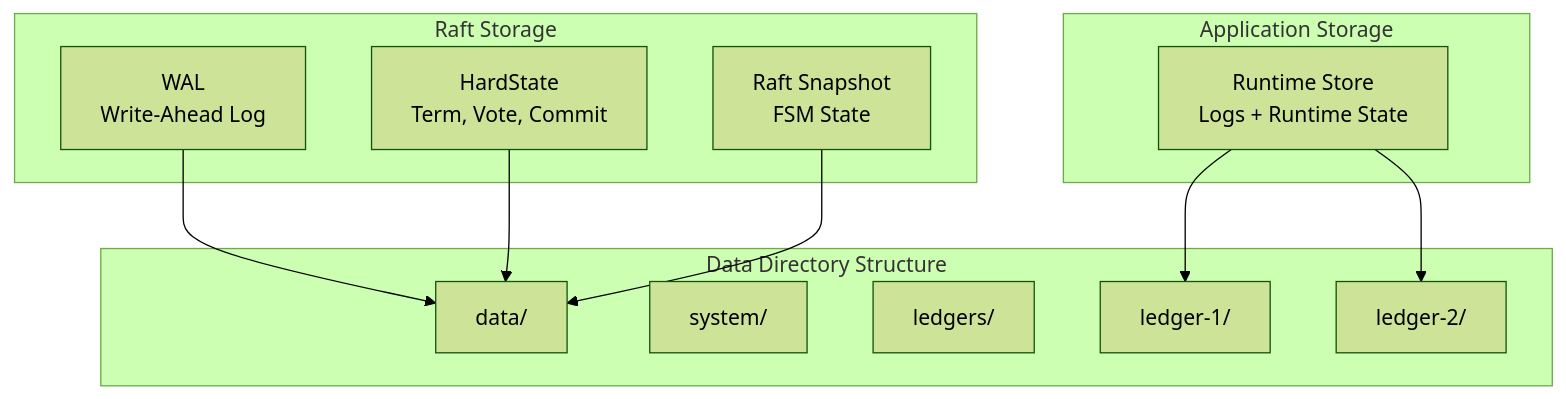
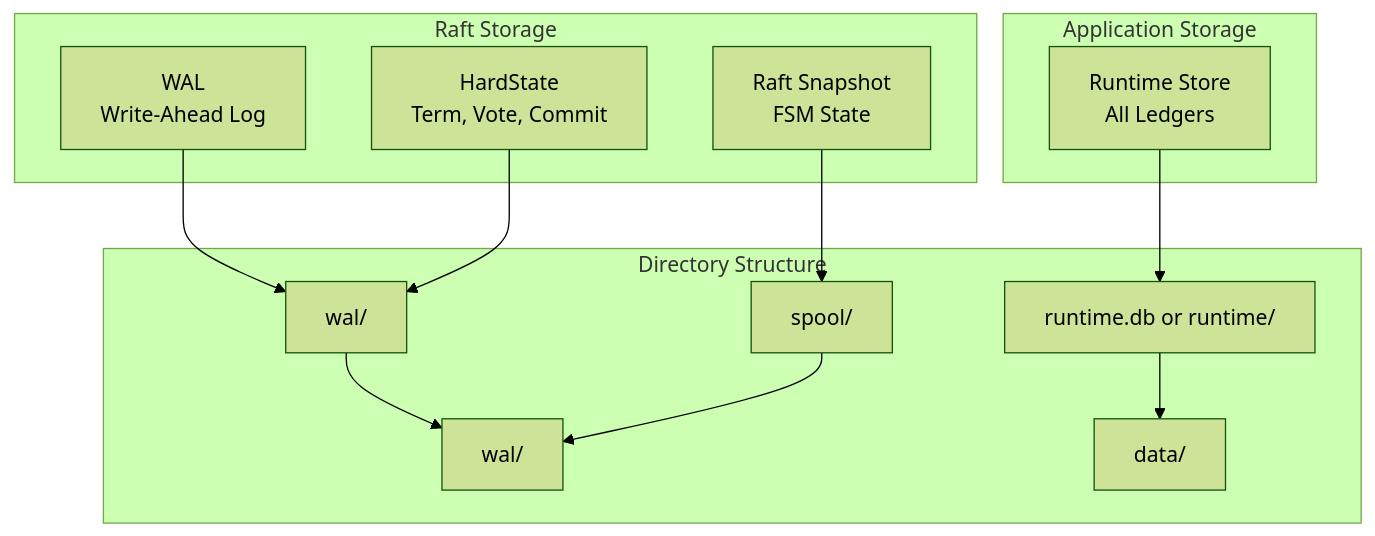
One commit to formancehq/ledger changed the diagram in docs/storage.md. Above: the diagram before and after it, drawn with Mermaid (forest theme). The commit also changed other lines of this file and 41 other files, not shown here.

````diff
--- a/docs/storage.md
+++ b/docs/storage.md
@@ -13,26 +15,28 @@
 ```mermaid
 graph TB
     subgraph "Raft Storage"
         WAL[WAL<br/>Write-Ahead Log]
         HardState[HardState<br/>Term, Vote, Commit]
         Snapshot[Raft Snapshot<br/>FSM State]
     end
     
     subgraph "Application Storage"
-        RuntimeStore[Runtime Store<br/>Logs + Runtime State]
+        RuntimeStore[Runtime Store<br/>All Ledgers]
     end
     
-    subgraph "Data Directory Structure"
+    subgraph "Directory Structure"
+        WalDir[wal/]
+        WalSubdir[wal/]
+        SpoolDir[spool/]
         DataDir[data/]
-        SystemDir[system/]
-        ledgerDir[ledgers/]
-        ledger1[ledger-1/]
-        ledger2[ledger-2/]
+        RuntimeDB[runtime.db or runtime/]
     end
     
-    WAL --> DataDir
-    HardState --> DataDir
-    Snapshot --> DataDir
-    RuntimeStore --> ledger1
-    RuntimeStore --> ledger2
+    WAL --> WalSubdir
+    HardState --> WalSubdir
+    Snapshot --> SpoolDir
+    WalSubdir --> WalDir
+    SpoolDir --> WalDir
+    RuntimeStore --> RuntimeDB
+    RuntimeDB --> DataDir
 ```
````
